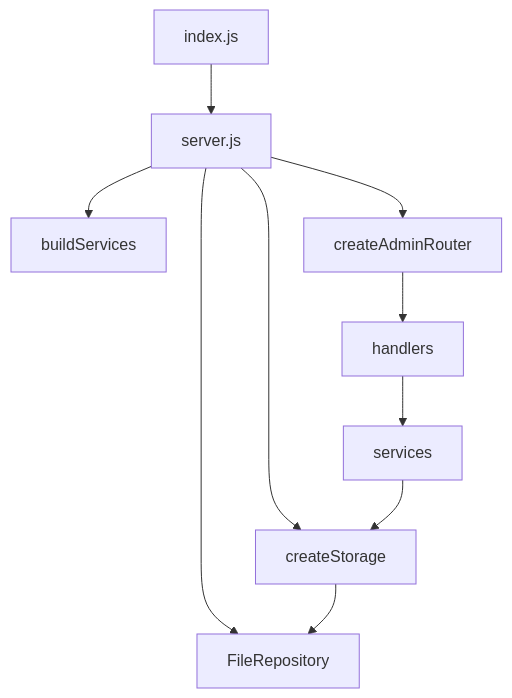
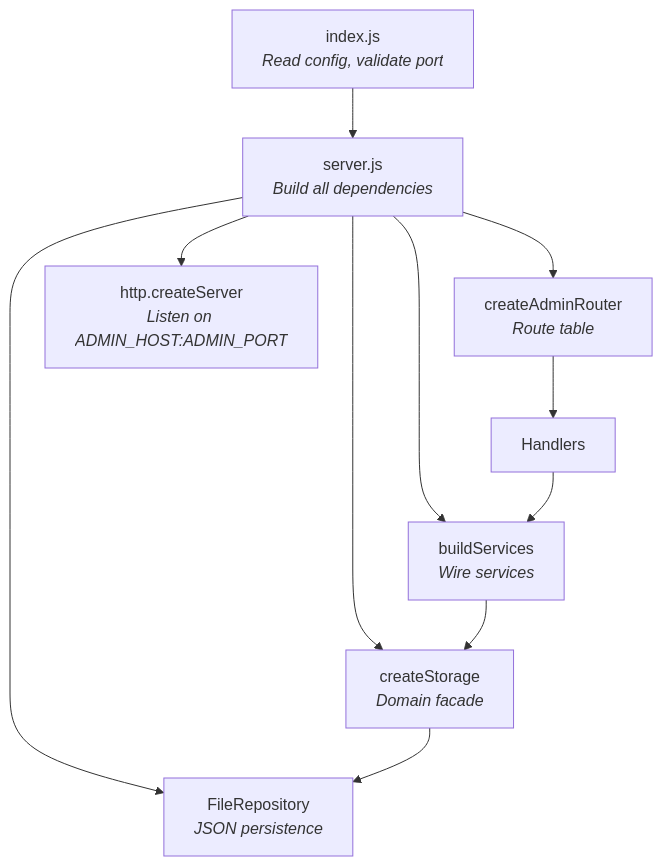
The second of 6 diagrams in docs/architecture/admin.md (fergouchyahya/IDS), drawn with Mermaid before and after one commit. The commit also changed other lines of this file and 14 other files, not shown here.

````diff
--- a/docs/architecture/admin.md
+++ b/docs/architecture/admin.md
@@ -29,12 +86,16 @@
 ```mermaid
 flowchart TD
-    A[index.js] --> B[server.js]
-    B --> C[FileRepository]
-    B --> D[createStorage]
-    B --> E[buildServices]
-    B --> F[createAdminRouter]
-    F --> G[handlers]
-    G --> H[services]
-    H --> D
+    A[index.js<br/><i>Read config, validate port</i>] --> B[server.js<br/><i>Build all dependencies</i>]
+
+    B --> C[FileRepository<br/><i>JSON persistence</i>]
+    B --> D[createStorage<br/><i>Domain facade</i>]
+    B --> E[buildServices<br/><i>Wire services</i>]
+    B --> F[createAdminRouter<br/><i>Route table</i>]
+
     D --> C
+    E --> D
+    F --> G[Handlers]
+    G --> E
+
+    B --> H[http.createServer<br/><i>Listen on ADMIN_HOST:ADMIN_PORT</i>]
 ```
````
